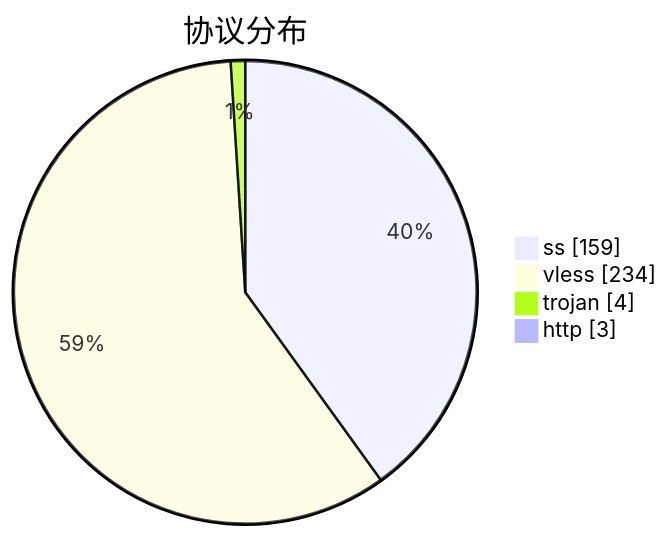
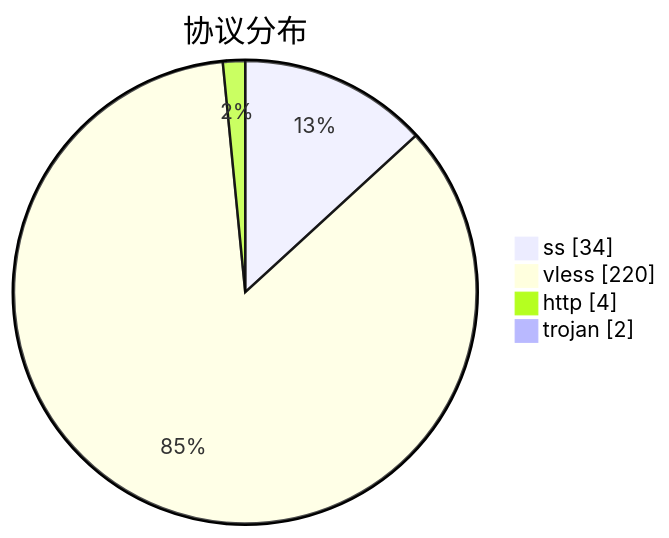
The third of 3 diagrams in subs/statistics/tested_within.md (qjlxg/airport), drawn with Mermaid before and after one commit. The commit also changed other lines of this file and 2 other files, not shown here.

````diff
--- a/subs/statistics/tested_within.md
+++ b/subs/statistics/tested_within.md
@@ -34,8 +32,8 @@
 ```mermaid
 pie showData
 title 协议分布
-"ss" : 159
-"vless" : 234
-"trojan" : 4
-"http" : 3
+"ss" : 34
+"vless" : 220
+"http" : 4
+"trojan" : 2
 ```
````
